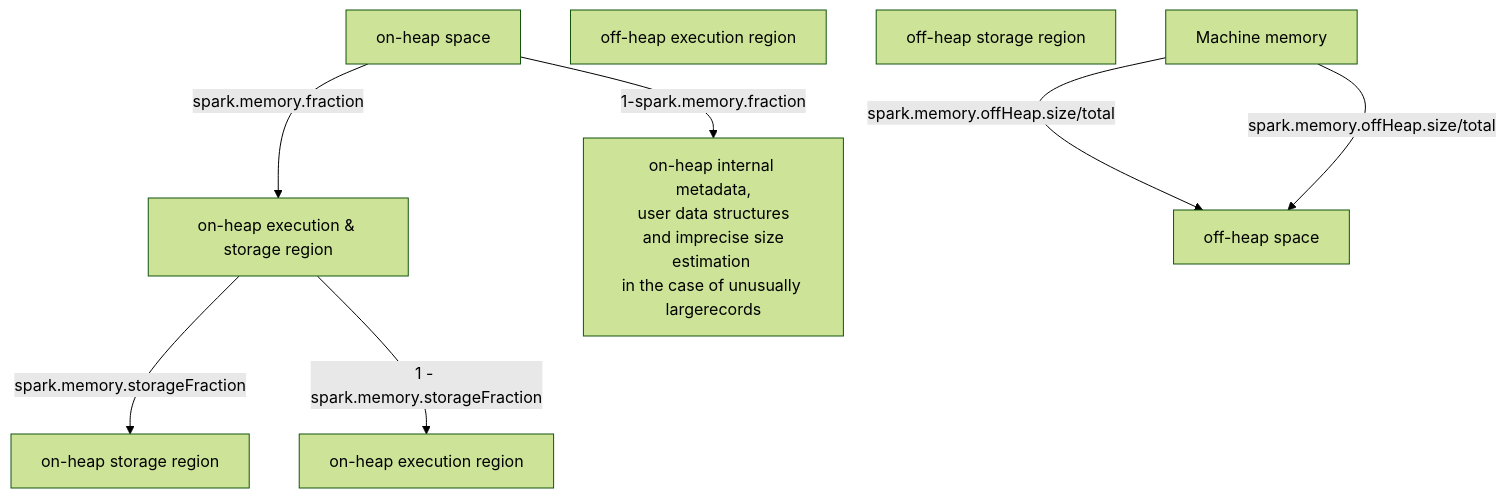
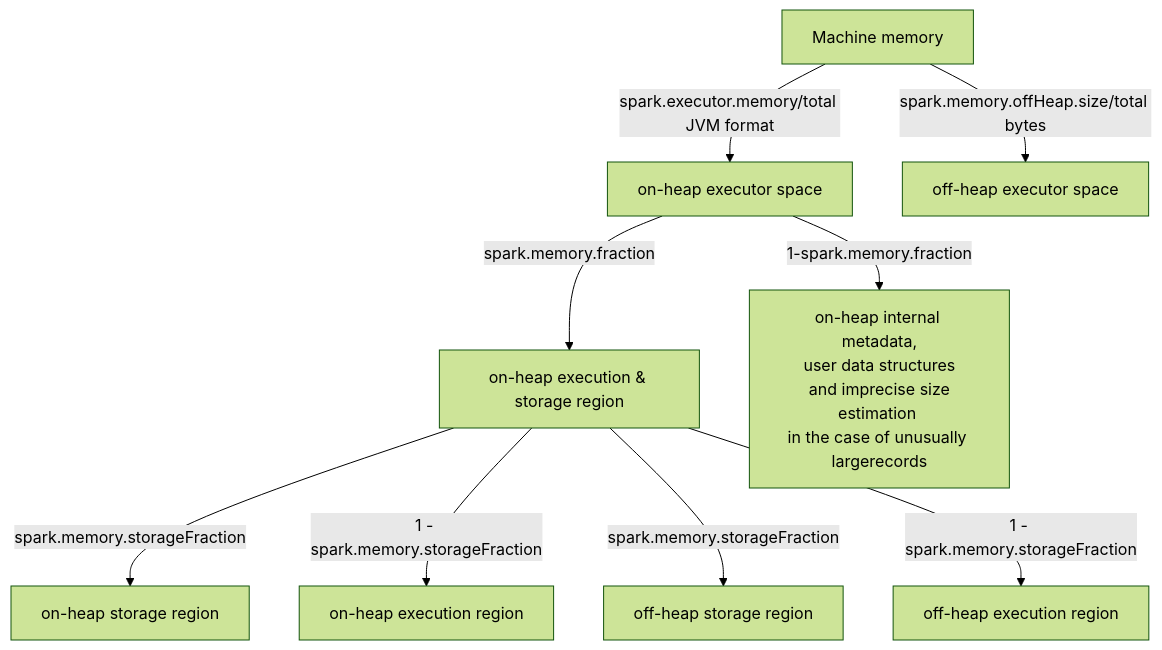
The diagram in spark.md (EnzoBnl/enzobnl), drawn with Mermaid (forest theme) before and after one commit. The commit also changed other lines of this file, not shown here.

Commit message:
spark.md updated from https://stackedit.io/

````diff
--- a/spark.md
+++ b/spark.md
@@ -44,18 +44,20 @@
 ```mermaid
 graph TB
 -1[Machine memory]
 0[on-heap execution & storage region]
-1[on-heap space]
-2[off-heap space]
+1[on-heap executor space]
+2[off-heap executor space]
 3[on-heap execution region]
 4[on-heap storage region]
 33[off-heap execution region]
 44[off-heap storage region]
 5[on-heap internal metadata,<br/>user data structures<br/> and imprecise size estimation <br/>in the case of unusually largerecords]
--1--spark.memory.offHeap.size/total-->2
--1--spark.memory.offHeap.size/total-->2
+-1--spark.memory.offHeap.size/total bytes-->2
+-1--spark.executor.memory/total JVM format-->1
 1 --spark.memory.fraction-->0
 1 --1-spark.memory.fraction-->5
 0 -- spark.memory.storageFraction--> 4
 0 --1 - spark.memory.storageFraction--> 3
+0 -- spark.memory.storageFraction--> 44
+0 --1 - spark.memory.storageFraction--> 33
 ```
````
